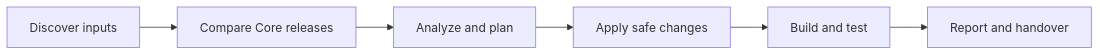
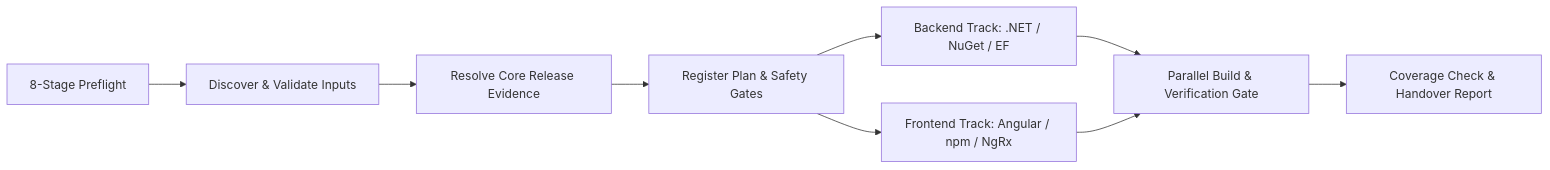
Before and after one commit to NamDinh0403/NGO-Core-Upgrade: the diagram in README.md, drawn with Mermaid. The commit also changed other lines of this file and 12 other files, not shown here.

````diff
--- a/README.md
+++ b/README.md
@@ -59,8 +265,11 @@
 ```mermaid
 flowchart LR
-  A[Discover inputs] --> B[Compare Core releases]
-  B --> C[Analyze and plan]
-  C --> D[Apply safe changes]
-  D --> E[Build and test]
-  E --> F[Report and handover]
+  P[8-Stage Preflight] --> A[Discover & Validate Inputs]
+  A --> B[Resolve Core Release Evidence]
+  B --> C[Register Plan & Safety Gates]
+  C --> D1[Backend Track: .NET / NuGet / EF]
+  C --> D2[Frontend Track: Angular / npm / NgRx]
+  D1 --> E[Parallel Build & Verification Gate]
+  D2 --> E
+  E --> F[Coverage Check & Handover Report]
 ```
````
